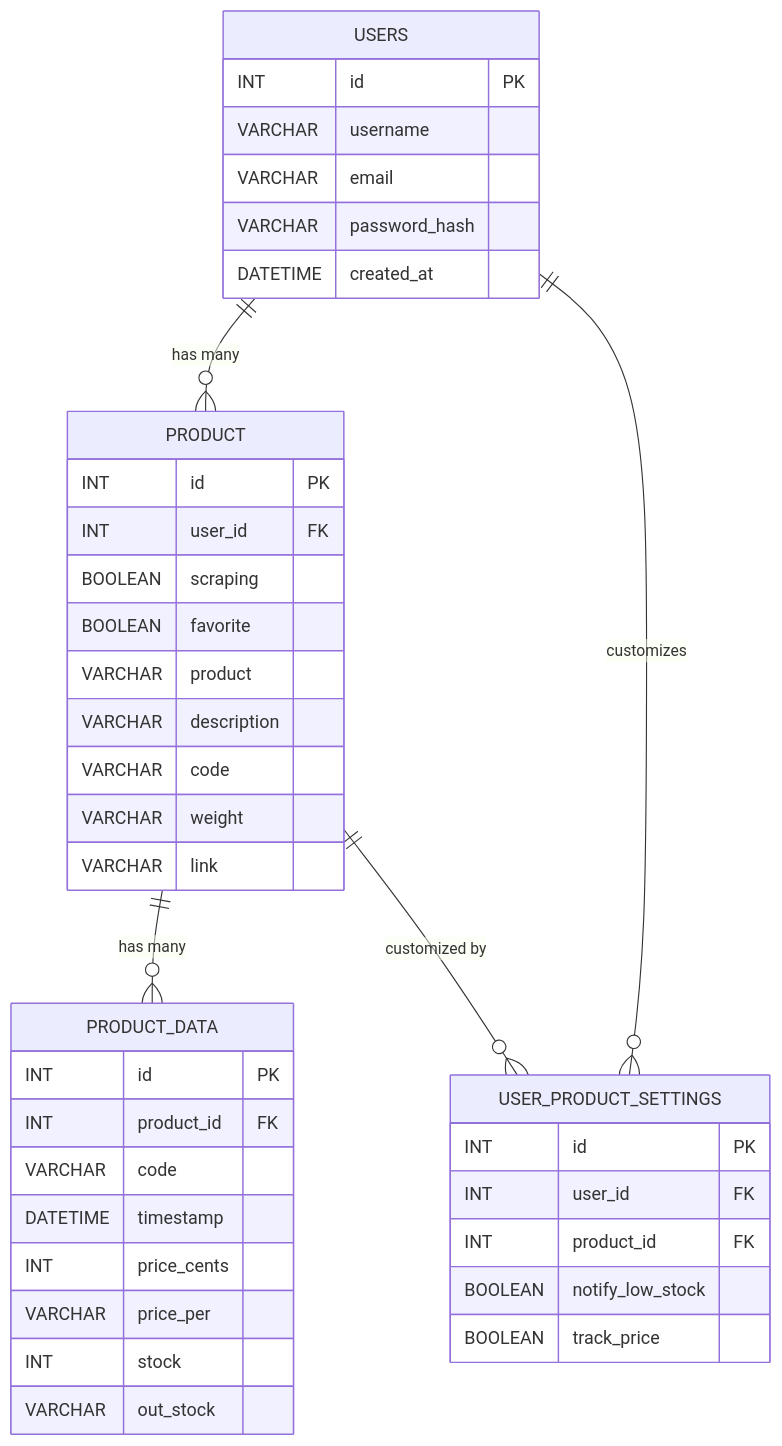
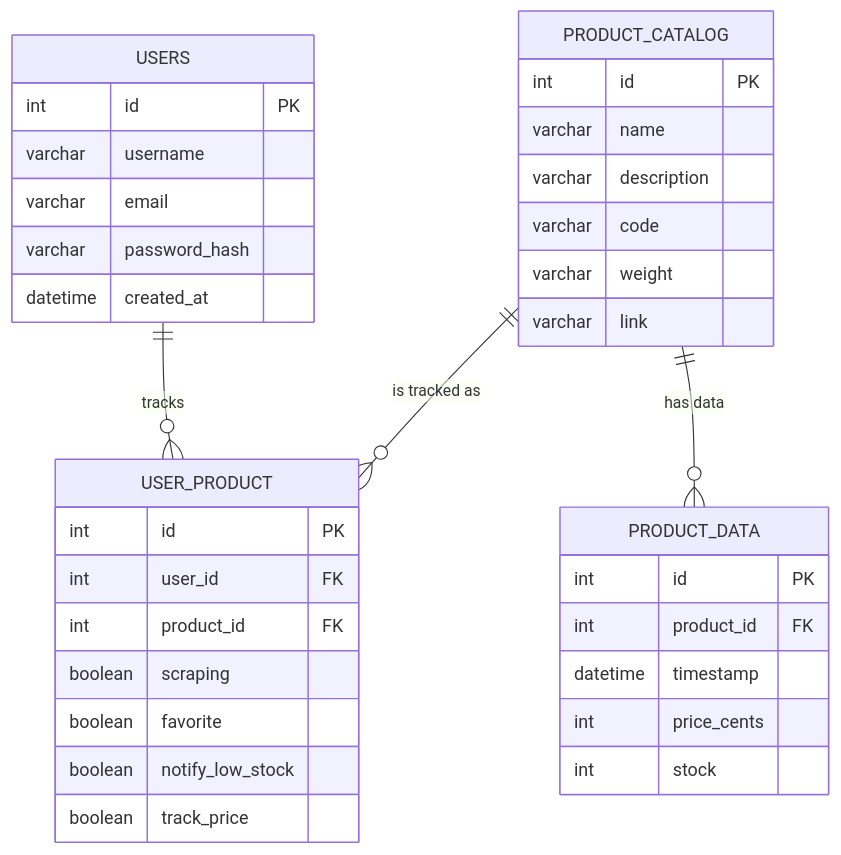
The diagram in README.md (CWieringa/cs415_final_project), drawn with Mermaid before and after one commit. The commit also changed other lines of this file, not shown here.

````diff
--- a/README.md
+++ b/README.md
@@ -17,47 +26,42 @@
 ```mermaid
 erDiagram
 
     USERS {
-        INT id PK
-        VARCHAR username
-        VARCHAR email
-        VARCHAR password_hash
-        DATETIME created_at
+        int id PK
+        varchar username
+        varchar email
+        varchar password_hash
+        datetime created_at
     }
 
-    PRODUCT {
-        INT id PK
-        INT user_id FK
-        BOOLEAN scraping
-        BOOLEAN favorite
-        VARCHAR product
-        VARCHAR description
-        VARCHAR code
-        VARCHAR weight
-        VARCHAR link
+    PRODUCT_CATALOG {
+        int id PK
+        varchar name
+        varchar description
+        varchar code
+        varchar weight
+        varchar link
+    }
+
+    USER_PRODUCT {
+        int id PK
+        int user_id FK
+        int product_id FK
+        boolean scraping
+        boolean favorite
+        boolean notify_low_stock
+        boolean track_price
     }
 
     PRODUCT_DATA {
-        INT id PK
-        INT product_id FK
-        VARCHAR code
-        DATETIME timestamp
-        INT price_cents
-        VARCHAR price_per
-        INT stock
-        VARCHAR out_stock
+        int id PK
+        int product_id FK
+        datetime timestamp
+        int price_cents
+        int stock
     }
 
-    USER_PRODUCT_SETTINGS {
-        INT id PK
-        INT user_id FK
-        INT product_id FK
-        BOOLEAN notify_low_stock
-        BOOLEAN track_price
-    }
-
-    USERS ||--o{ PRODUCT : "has many"
-    PRODUCT ||--o{ PRODUCT_DATA : "has many"
-    USERS ||--o{ USER_PRODUCT_SETTINGS : "customizes"
-    PRODUCT ||--o{ USER_PRODUCT_SETTINGS : "customized by"
+    USERS ||--o{ USER_PRODUCT : "tracks"
+    PRODUCT_CATALOG ||--o{ USER_PRODUCT : "is tracked as"
+    PRODUCT_CATALOG ||--o{ PRODUCT_DATA : "has data"
 ```
````
